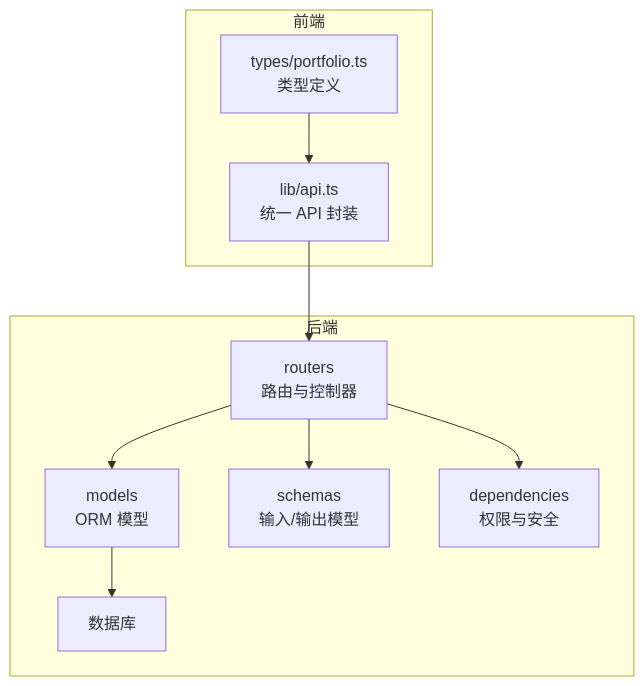
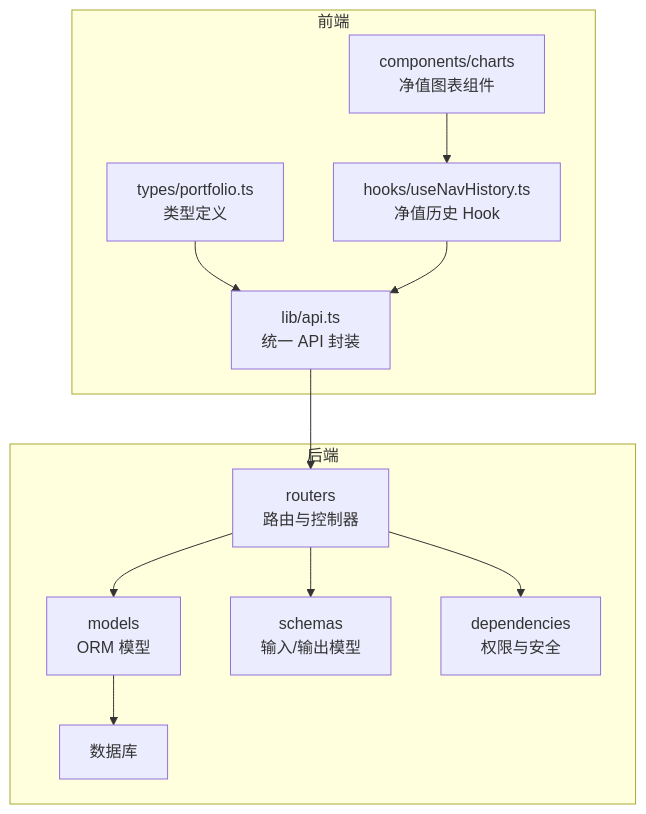
The first of 10 diagrams in .qoder/repowiki/zh/content/核心业务功能/投资组合管理.md (gujialind/InvestRing), drawn with Mermaid before and after one commit. The commit also changed other lines of this file and 32 other files, not shown here.

````diff
--- a/.qoder/repowiki/zh/content/核心业务功能/投资组合管理.md
+++ b/.qoder/repowiki/zh/content/核心业务功能/投资组合管理.md
@@ -52,20 +53,24 @@
 ```mermaid
 graph TB
 subgraph "后端"
 M["models<br/>ORM 模型"]
 S["schemas<br/>输入/输出模型"]
 R["routers<br/>路由与控制器"]
 D["dependencies<br/>权限与安全"]
 DB["数据库"]
 end
 subgraph "前端"
 FE_API["lib/api.ts<br/>统一 API 封装"]
 FE_TYPES["types/portfolio.ts<br/>类型定义"]
+FE_HOOKS["hooks/useNavHistory.ts<br/>净值历史 Hook"]
+FE_CHARTS["components/charts<br/>净值图表组件"]
 end
 FE_API --> R
 R --> M
 R --> S
 R --> D
 M --> DB
 FE_TYPES --> FE_API
+FE_HOOKS --> FE_API
+FE_CHARTS --> FE_HOOKS
 ```
````
